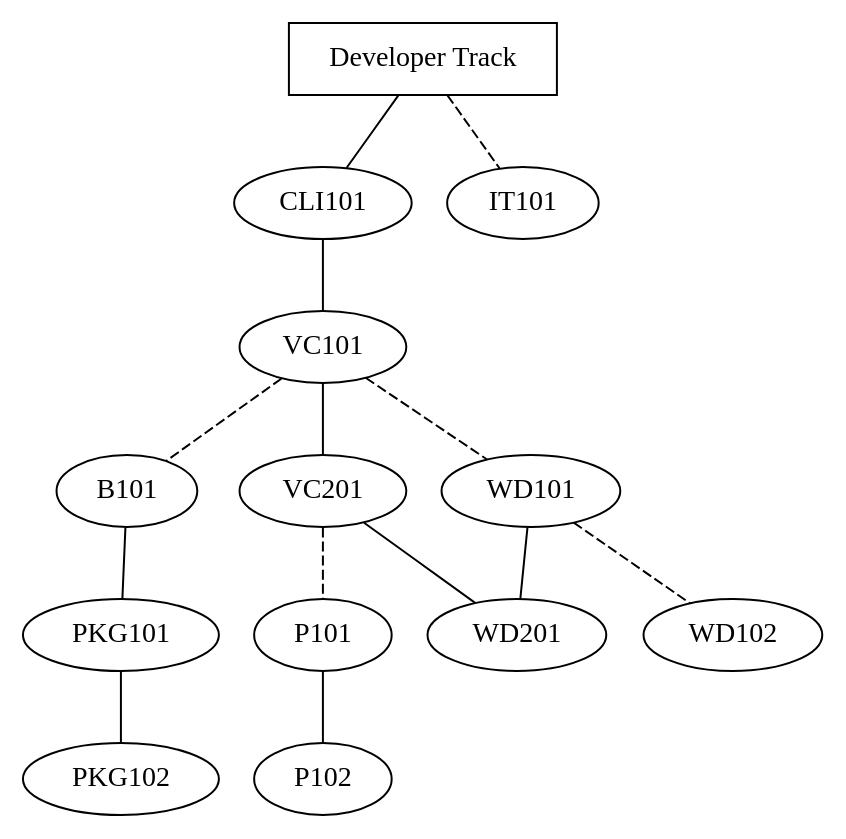
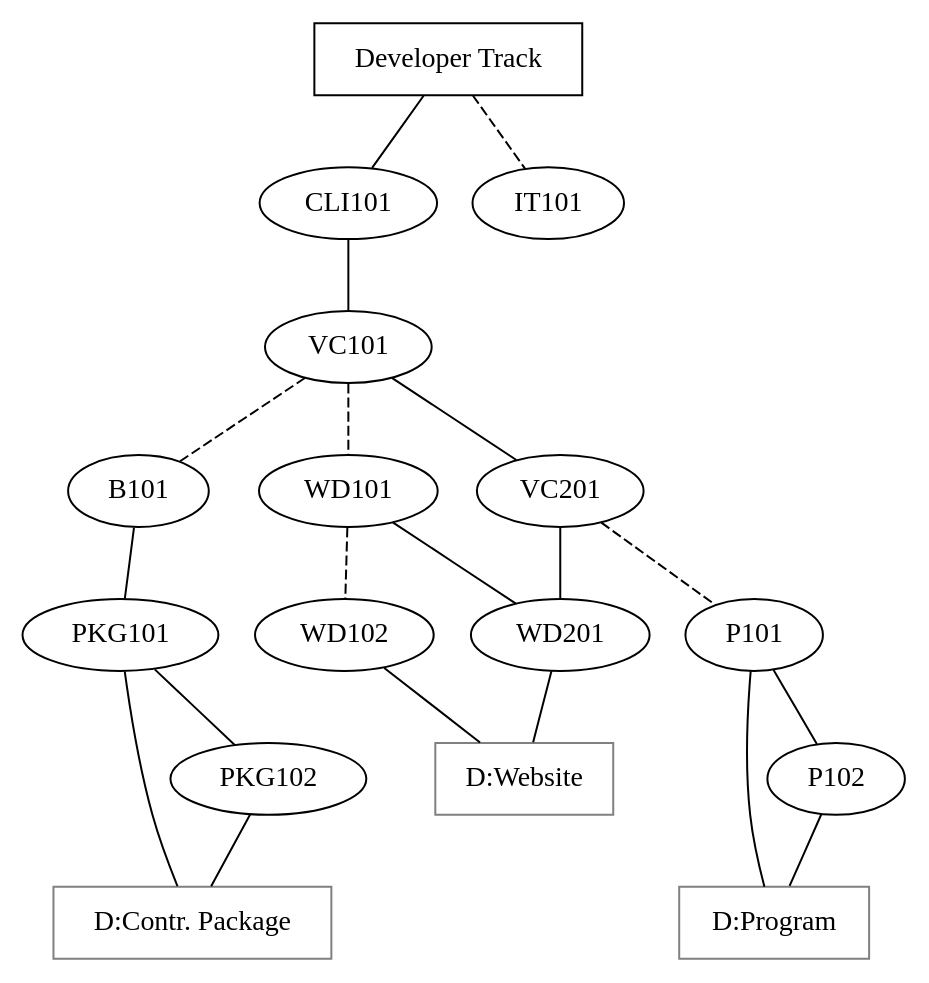
The diagram in developer-track.dot (open-it-lab/ol-curriculum), drawn with Graphviz before and after one commit.

Commit message:
deliverables for the developer track

```diff
--- a/developer-track.dot
+++ b/developer-track.dot
@@ -1,18 +1,31 @@
 graph g {
 	# nodes.doth
-	
+
+	deliver1 [label="D:Program",shape="rectangle",color="gray"];	
+	deliver2 [label="D:Website",shape="rectangle",color="gray"];	
+	deliver3 [label="D:Contr. Package",shape="rectangle",color="gray"];
+
 	g [label="Developer Track", shape="rectangle"];
 	g -- CLI101;
 	g -- IT101 [style="dashed"];
 	CLI101 -- VC101;
 	VC101 -- B101 [style="dashed"];
 	VC101 -- VC201;
 	B101 -- PKG101;
 	PKG101 -- PKG102;
 	VC101 -- WD101 [style="dashed"];
 	WD101 -- WD102 [style="dashed"];
 	VC201 -- WD201;
 	WD101 -- WD201;
 	VC201 -- P101 [style="dashed"];
 	P101 -- P102;
+
+	P101 -- deliver1;
+	P102 -- deliver1;
+
+	WD201 -- deliver2;
+	WD102 -- deliver2;
+
+	PKG101 -- deliver3;
+	PKG102 -- deliver3;
 }
```
